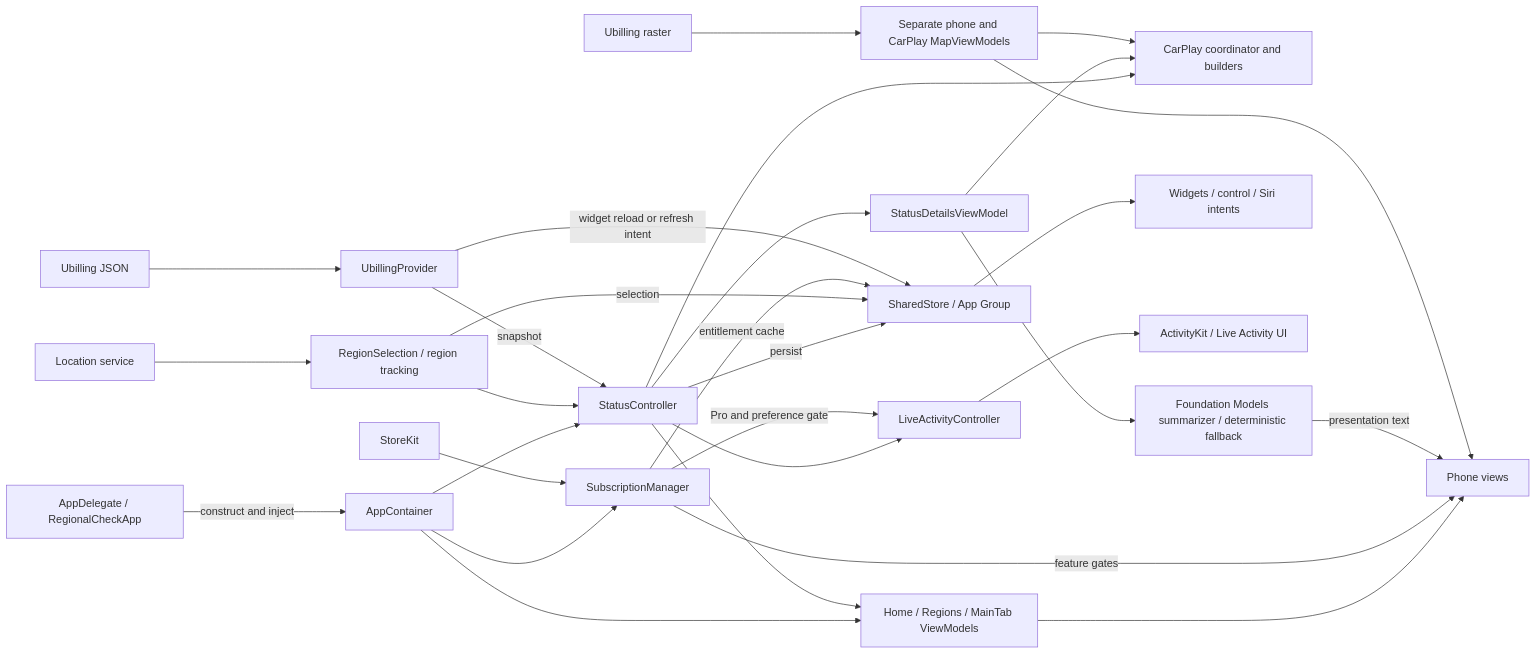
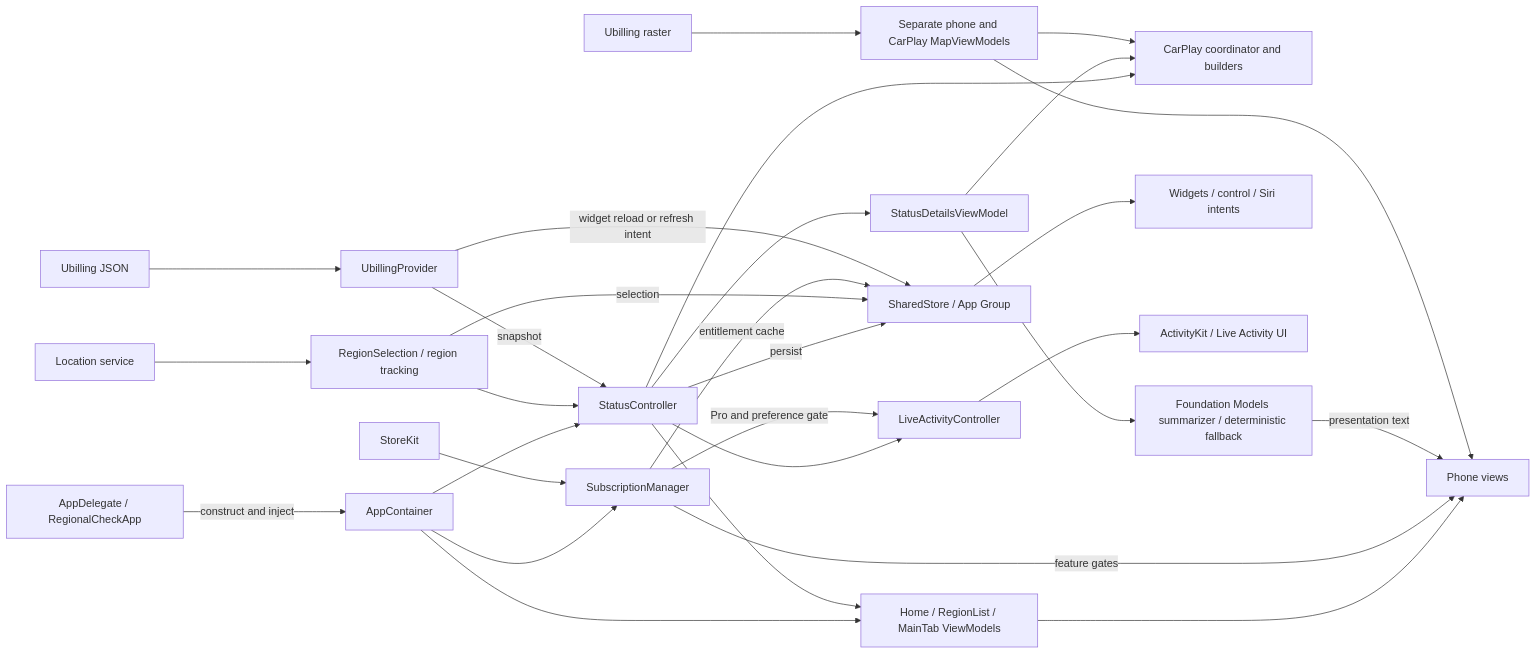
One commit to vil4max/regional-check changed the third of 3 diagrams in docs/engineering/project-map.md. Above: the diagram before and after it, drawn with Mermaid. The commit also changed other lines of this file and 3 other files, not shown here.

````diff
--- a/docs/engineering/project-map.md
+++ b/docs/engineering/project-map.md
@@ -89,31 +85,31 @@
 ```mermaid
 flowchart LR
     App[AppDelegate / RegionalCheckApp] -->|construct and inject| Container[AppContainer]
     Container --> State[StatusController]
-    Container --> VMs[Home / Regions / MainTab ViewModels]
+    Container --> VMs[Home / RegionList / MainTab ViewModels]
     Container --> Sub[SubscriptionManager]
     GPS[Location service] --> Region[RegionSelection / region tracking]
     Region --> State
     JSON[Ubilling JSON] --> Provider[UbillingProvider]
     Provider -->|snapshot| State
     State --> VMs
     VMs --> Phone[Phone views]
     State --> CP[CarPlay coordinator and builders]
     State -->|persist| Store[SharedStore / App Group]
     Region -->|selection| Store
     Apple[StoreKit] --> Sub
     Sub -->|entitlement cache| Store
     Sub -->|feature gates| Phone
     State --> Details[StatusDetailsViewModel]
     Details --> Summary[Foundation Models summarizer / deterministic fallback]
     Summary -->|presentation text| Phone
     Details --> CP
     Raster[Ubilling raster] --> Maps[Separate phone and CarPlay MapViewModels]
     Maps --> Phone
     Maps --> CP
     Store --> Extensions[Widgets / control / Siri intents]
     Provider -->|widget reload or refresh intent| Store
     State --> Session[LiveActivityController]
     Sub -->|Pro and preference gate| Session
     Session --> Activity[ActivityKit / Live Activity UI]
 ```
````
